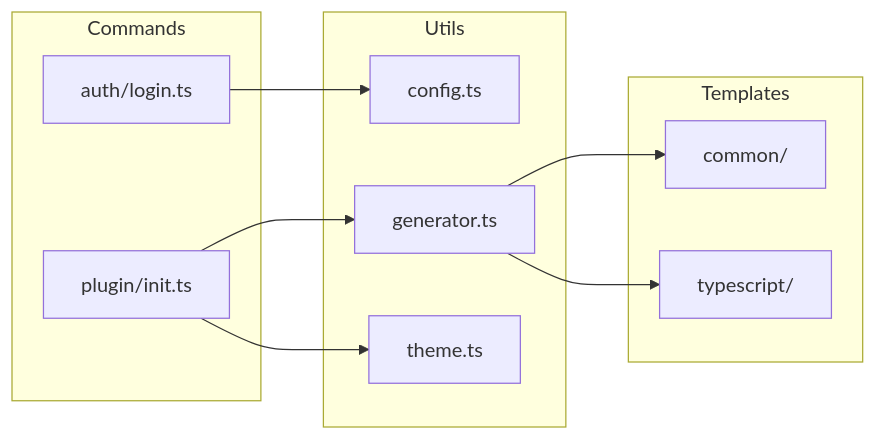
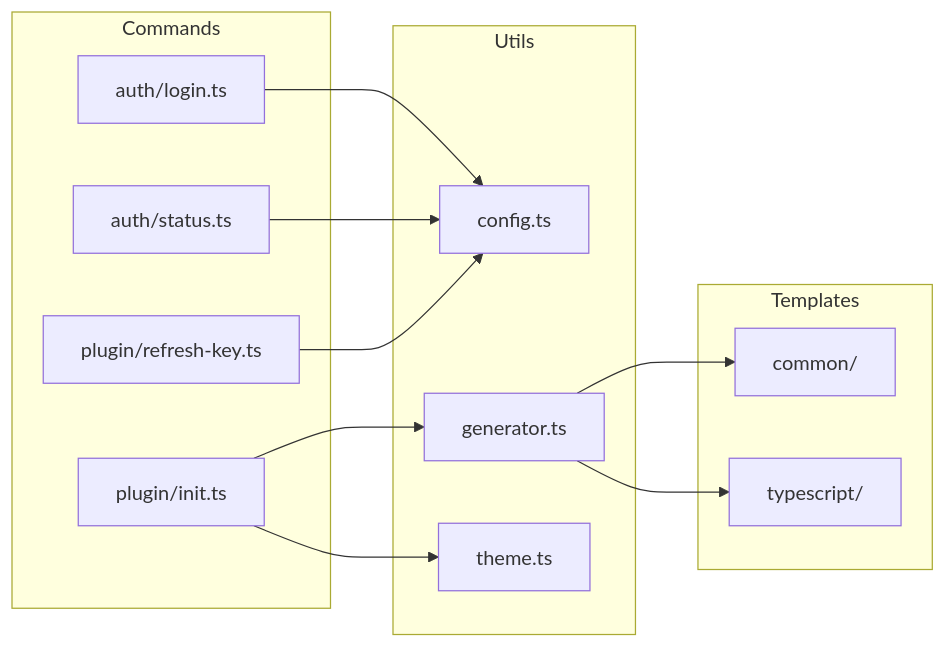
One commit to choice-open/automation-plugin-cli changed the second of 4 diagrams in ARCHITECTURE.md. Above: the diagram before and after it, drawn with Mermaid. The commit also changed other lines of this file, not shown here.

Commit message:
docs: update architecture with auth status and refresh-key commands

````diff
--- a/ARCHITECTURE.md
+++ b/ARCHITECTURE.md
@@ -104,24 +114,28 @@
 ```mermaid
 flowchart LR
     subgraph Commands
         LOGIN["auth/login.ts"]
+        STATUS["auth/status.ts"]
         INIT["plugin/init.ts"]
+        REFRESH_KEY["plugin/refresh-key.ts"]
     end
 
     subgraph Utils
         CONFIG["config.ts"]
         GEN["generator.ts"]
         THEME["theme.ts"]
     end
 
     subgraph Templates
         COMMON["common/"]
         TS["typescript/"]
     end
 
     LOGIN --> CONFIG
+    STATUS --> CONFIG
+    REFRESH_KEY --> CONFIG
     INIT --> GEN
     INIT --> THEME
     GEN --> COMMON
     GEN --> TS
 ```
````
